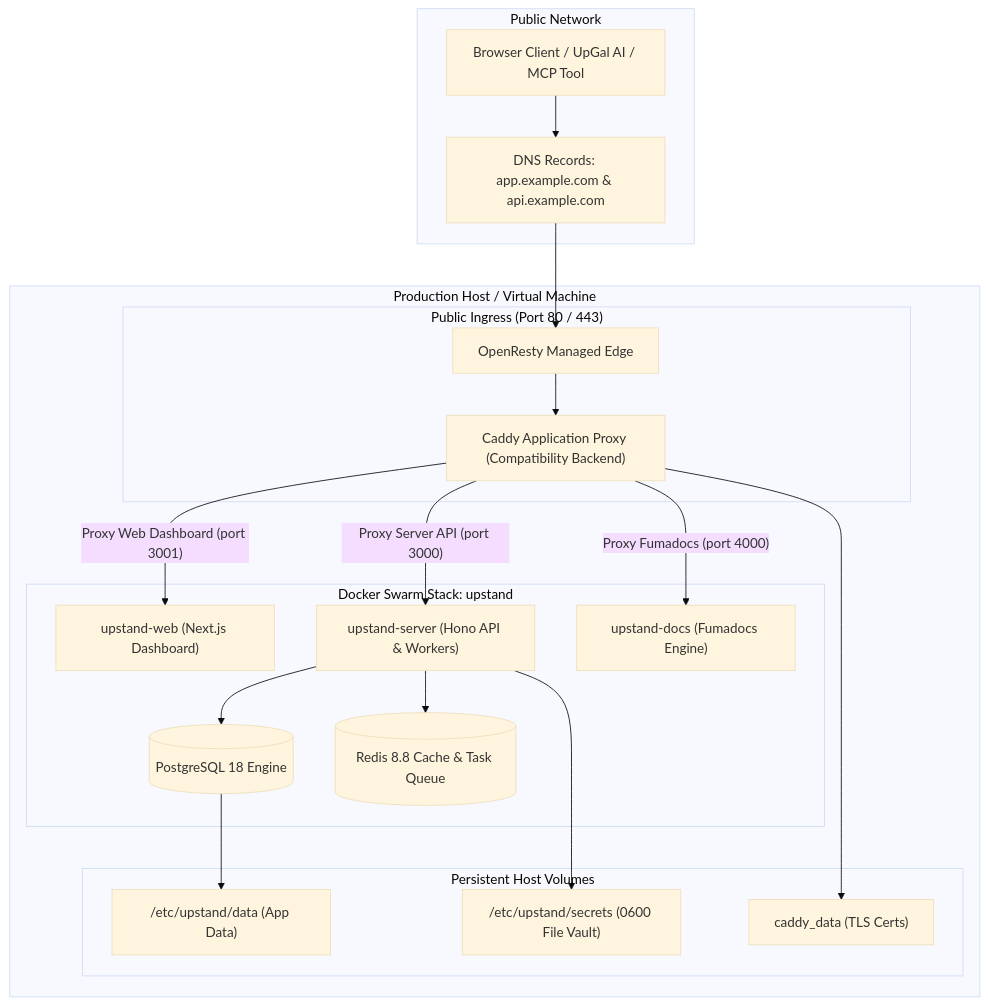
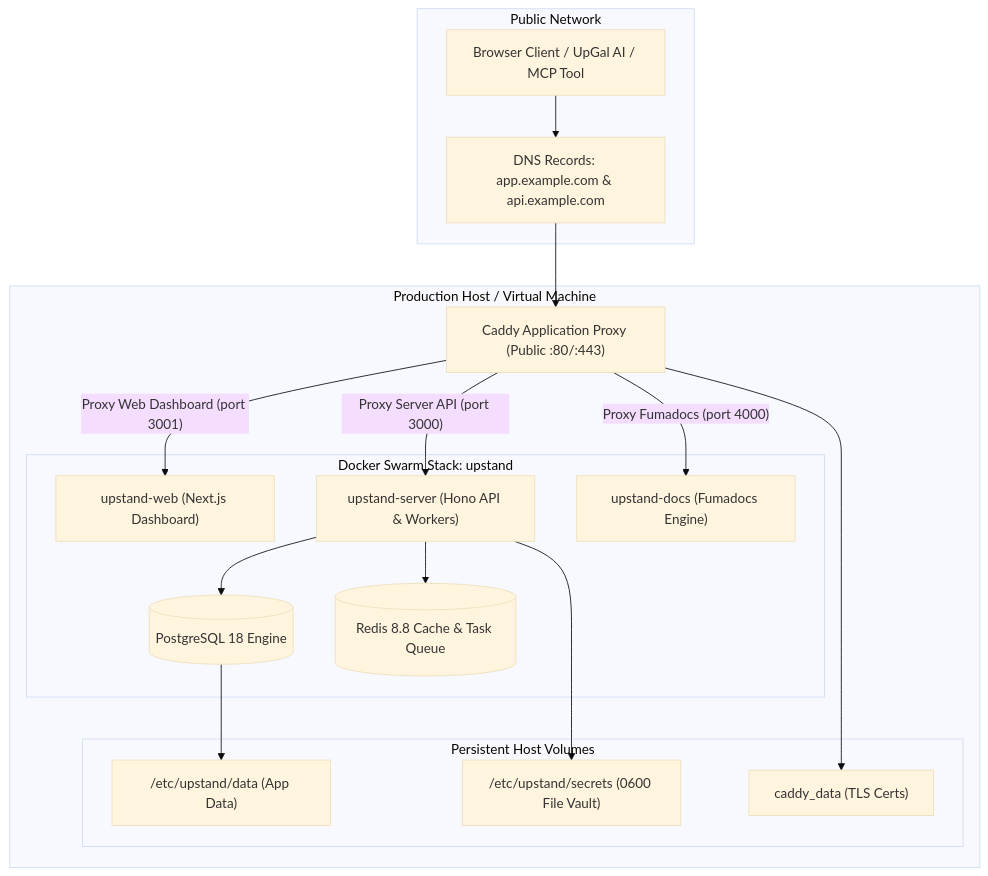
Before and after one commit to UpstandPlatform/upstand: the diagram in apps/fumadocs/content/docs/getting-started/self-hosting.mdx, drawn with Mermaid (base theme). The commit also changed other lines of this file and 102 other files, not shown here.

````diff
--- a/apps/fumadocs/content/docs/getting-started/self-hosting.mdx
+++ b/apps/fumadocs/content/docs/getting-started/self-hosting.mdx
@@ -14,40 +14,36 @@
 ```mermaid
 graph TD
     subgraph Internet["Public Network"]
         Client["Browser Client / UpGal AI / MCP Tool"]
         DNS["DNS Records: app.example.com & api.example.com"]
     end
 
     subgraph Host["Production Host / Virtual Machine"]
-        subgraph IngressLayer["Public Ingress (Port 80 / 443)"]
-            Edge["OpenResty Managed Edge"]
-            Caddy["Caddy Application Proxy (Compatibility Backend)"]
-        end
+        Caddy["Caddy Application Proxy (Public :80/:443)"]
 
         subgraph SwarmCluster["Docker Swarm Stack: upstand"]
             WebUI["upstand-web (Next.js Dashboard)"]
             ServerAPI["upstand-server (Hono API & Workers)"]
             Fumadocs["upstand-docs (Fumadocs Engine)"]
             DB[(PostgreSQL 18 Engine)]
             Cache[(Redis 8.8 Cache & Task Queue)]
         end
 
         subgraph StorageLayer["Persistent Host Volumes"]
             VolData["/etc/upstand/data (App Data)"]
             VolSecrets["/etc/upstand/secrets (0600 File Vault)"]
             VolCaddy["caddy_data (TLS Certs)"]
         end
     end
 
     Client --> DNS
-    DNS --> Edge
-    Edge --> Caddy
+    DNS --> Caddy
     Caddy -->|"Proxy Server API (port 3000)"| ServerAPI
     Caddy -->|"Proxy Web Dashboard (port 3001)"| WebUI
     Caddy -->|"Proxy Fumadocs (port 4000)"| Fumadocs
     ServerAPI --> DB
     ServerAPI --> Cache
     DB --> VolData
     ServerAPI --> VolSecrets
             Caddy --> VolCaddy
 ```
````
